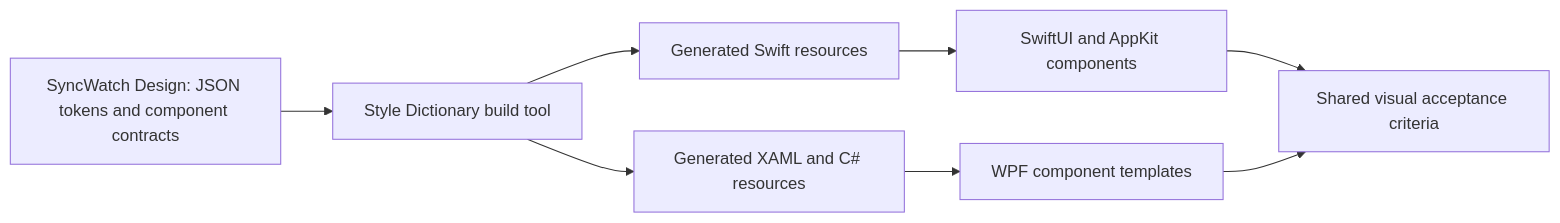
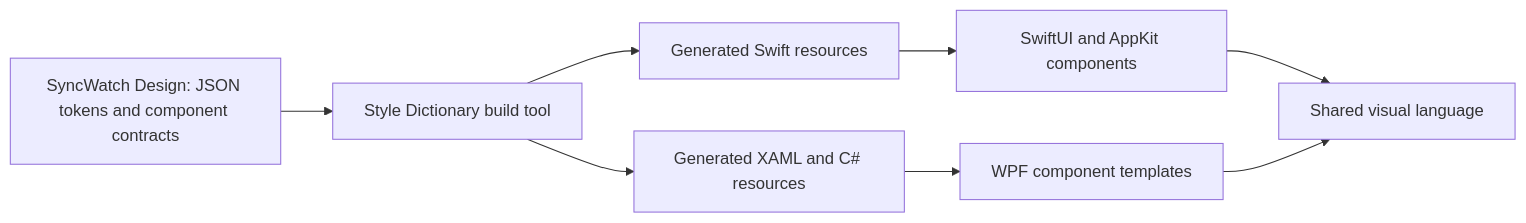
The diagram in docs/architecture/design-system.md (allnes/syncwatch-2), drawn with Mermaid before and after one commit. The commit also changed other lines of this file and 10 other files, not shown here.

````diff
--- a/docs/architecture/design-system.md
+++ b/docs/architecture/design-system.md
@@ -5,10 +5,10 @@
 ```mermaid
 flowchart LR
     D[SyncWatch Design: JSON tokens and component contracts] --> S[Style Dictionary build tool]
     S --> A[Generated Swift resources]
     S --> W[Generated XAML and C# resources]
     A --> N[SwiftUI and AppKit components]
     W --> C[WPF component templates]
-    N --> V[Shared visual acceptance criteria]
+    N --> V[Shared visual language]
     C --> V
 ```
````
